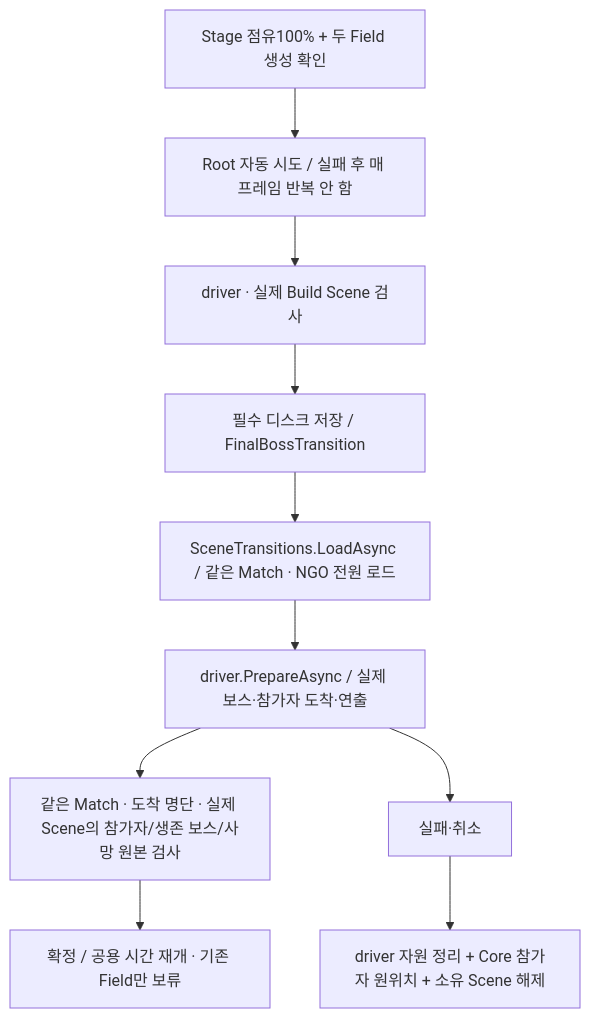
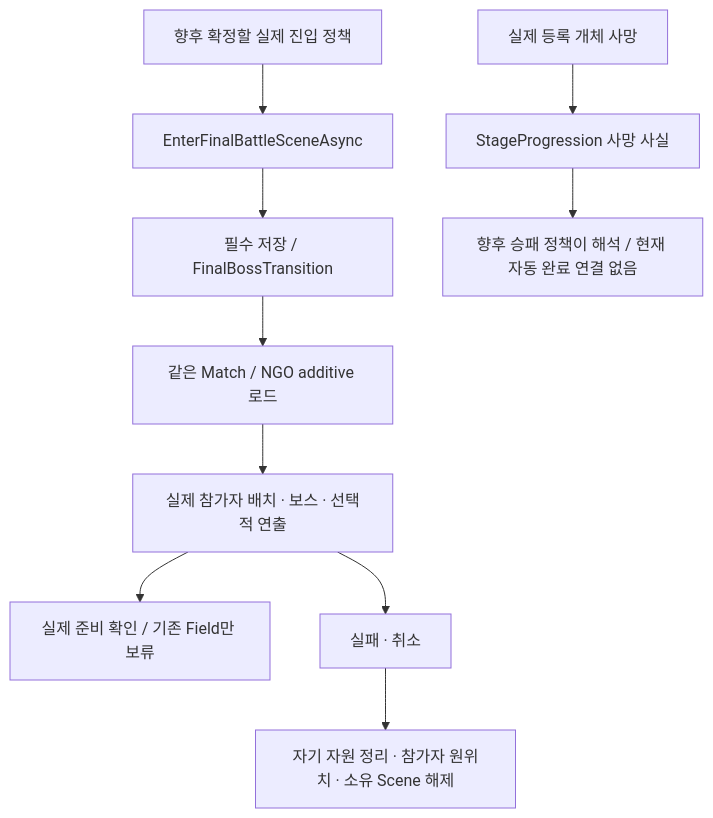
One commit to Team-HJD-21/unity-6-the-developer changed the diagram in Docs/02_architecture/02_match/stage-progression-api.md. Above: the diagram before and after it, drawn with Mermaid. The commit also changed other lines of this file and 11 other files, not shown here.

Commit message:
fix(core): keep final progression APIs explicit and remove automatic result wiring

````diff
--- a/Docs/02_architecture/02_match/stage-progression-api.md
+++ b/Docs/02_architecture/02_match/stage-progression-api.md
@@ -54,12 +63,12 @@
 ```mermaid
 flowchart TD
- Progress[Stage 점유100% + 두 Field 생성 확인] --> Root[Root 자동 시도 / 실패 후 매 프레임 반복 안 함]
- Root --> Validate[driver · 실제 Build Scene 검사]
- Validate --> Save[필수 디스크 저장 / FinalBossTransition]
- Save --> Load[SceneTransitions.LoadAsync / 같은 Match · NGO 전원 로드]
- Load --> Driver[driver.PrepareAsync / 실제 보스·참가자 도착·연출]
- Driver --> Verify[같은 Match · 도착 명단 · 실제 Scene의 참가자/생존 보스/사망 원본 검사]
- Verify --> Commit[확정 / 공용 시간 재개 · 기존 Field만 보류]
- Driver --> Failure[실패·취소]
- Failure --> Rollback[driver 자원 정리 + Core 참가자 원위치 + 소유 Scene 해제]
+ Policy[향후 확정할 실제 진입 정책] --> API[EnterFinalBattleSceneAsync]
+ API --> Save[필수 저장 / FinalBossTransition]
+ Save --> Load[같은 Match / NGO additive 로드]
+ Load --> Driver[실제 참가자 배치 · 보스 · 선택적 연출]
+ Driver --> Ready[실제 준비 확인 / 기존 Field만 보류]
+ Driver --> Failure[실패 · 취소]
+ Failure --> Rollback[자기 자원 정리 · 참가자 원위치 · 소유 Scene 해제]
+ Death[실제 등록 개체 사망] --> Fact[StageProgression 사망 사실]
+ Fact --> Future[향후 승패 정책이 해석 / 현재 자동 완료 연결 없음]
 ```
````
